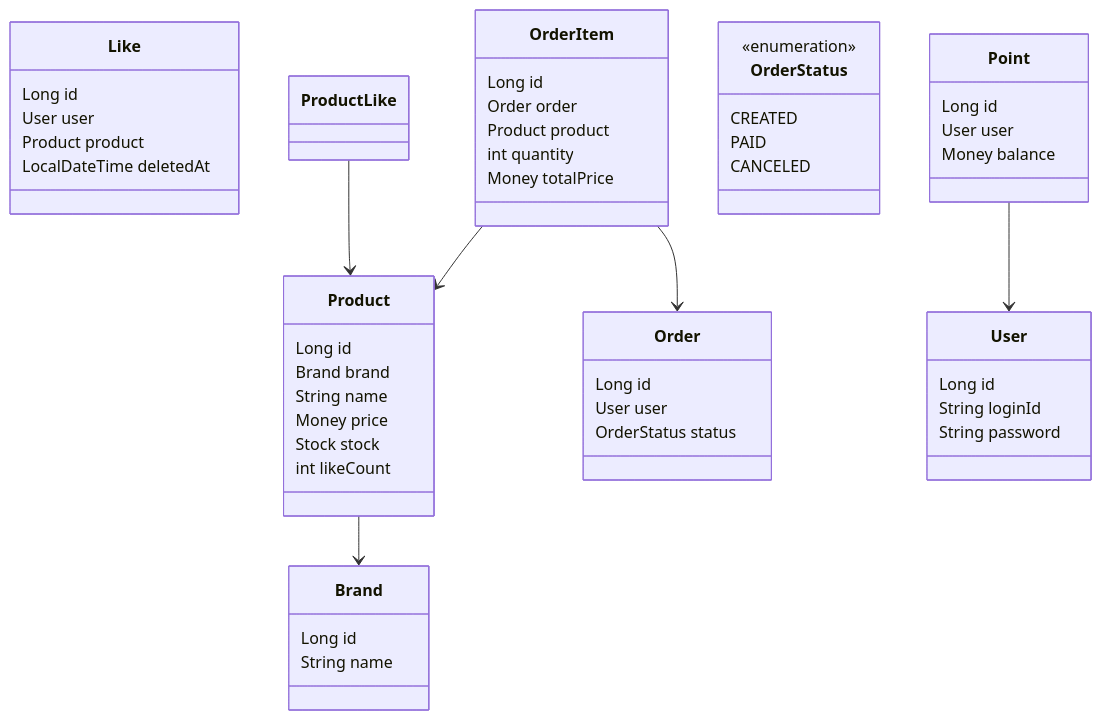
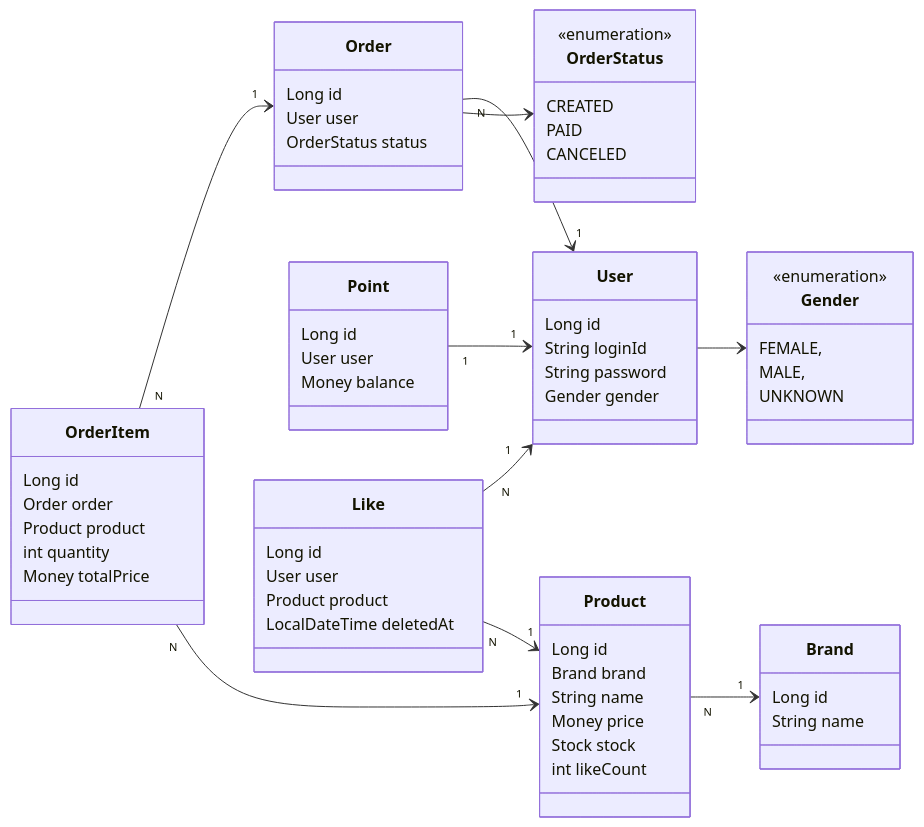
One commit to lim-jaein/loopers-ecommerce changed the diagram in .docs/week2/03-class-diagram.md. Above: the diagram before and after it, drawn with Mermaid. The commit also changed 1 other file, not shown here.

Commit message:
refactor : 다이어그램 보완
- 클래스 다이어그램에 연관관계 추가
- ERD 내용 보완

````diff
--- a/.docs/week2/03-class-diagram.md
+++ b/.docs/week2/03-class-diagram.md
@@ -1,56 +1,78 @@
 ```mermaid
 classDiagram
-    class Brand {
-        Long id
-        String name
-    }
-    class Product {
-        Long id
-        Brand brand
-        String name
-        Money price
-        Stock stock
-        int likeCount
-    }
-    class Like {
-        Long id
-        User user
-        Product product
-        LocalDateTime deletedAt
-    }
-    class User {
-        Long id
-        String loginId
-        String password
-    }
-    class Point {
-        Long id
-        User user
-        Money balance
-    }
+    direction LR
     class Order {
-        Long id
-        User user
-        OrderStatus status
+	    Long id
+	    User user
+	    OrderStatus status
     }
     class OrderItem {
-        Long id
-        Order order
-        Product product
-        int quantity
-        Money totalPrice
+	    Long id
+	    Order order
+	    Product product
+	    int quantity
+	    Money totalPrice
     }
-    
+
+    class Point {
+	    Long id
+	    User user
+	    Money balance
+    }
+
+    class Like {
+	    Long id
+	    User user
+	    Product product
+	    LocalDateTime deletedAt
+    }
+
+    class User {
+	    Long id
+	    String loginId
+	    String password
+        Gender gender
+    }
+
+
+    class Product {
+	    Long id
+	    Brand brand
+	    String name
+	    Money price
+	    Stock stock
+	    int likeCount
+    }
+
+    class Brand {
+	    Long id
+	    String name
+    }
+
+
+    class Gender {
+        <<enumeration>>
+        FEMALE,
+        MALE,
+        UNKNOWN
+    }
     class OrderStatus {
         <<enumeration>>
-        CREATED
-        PAID
-        CANCELED
+	    CREATED
+	    PAID
+	    CANCELED
     }
 
-    Product --> Brand
-    ProductLike --> Product
-    Point --> User
-    OrderItem --> Order
-    OrderItem --> Product
+
+
+
+    Point "1" --> "1" User
+    Like "N" --> "1" User
+    User --> Gender
+    Like "N" --> "1" Product
+    OrderItem "N" --> "1" Order
+    OrderItem "N" --> "1" Product
+    Order "N" --> "1" User
+    Order --> OrderStatus
+    Product "N" --> "1" Brand
 ```
````
